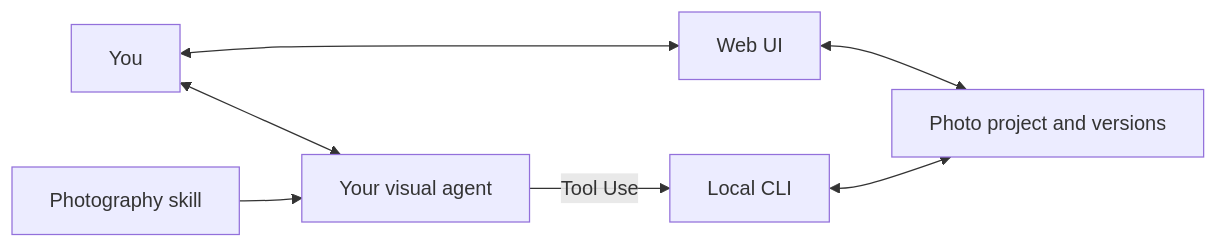
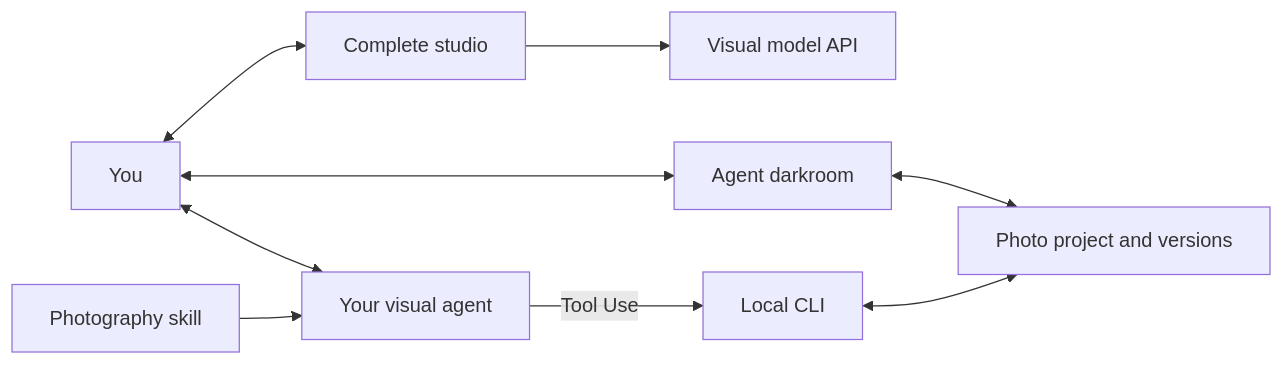
One commit to GeminiLight/FrameLark changed the diagram in README.en.md. Above: the diagram before and after it, drawn with Mermaid. The commit also changed other lines of this file and 202 other files, not shown here.

Commit message:
feat: include complete web studio and one-command deployment

````diff
--- a/README.en.md
+++ b/README.en.md
@@ -197,9 +222,11 @@
 ```mermaid
 flowchart LR
-    person[You] <--> ui[Web UI]
+    person[You] <--> studio[Complete studio]
+    studio --> api[Visual model API]
+    person <--> ui[Agent darkroom]
     person <--> agent[Your visual agent]
     skill[Photography skill] --> agent
     agent -->|Tool Use| cli[Local CLI]
     ui <--> project[Photo project and versions]
     cli <--> project
 ```
````
